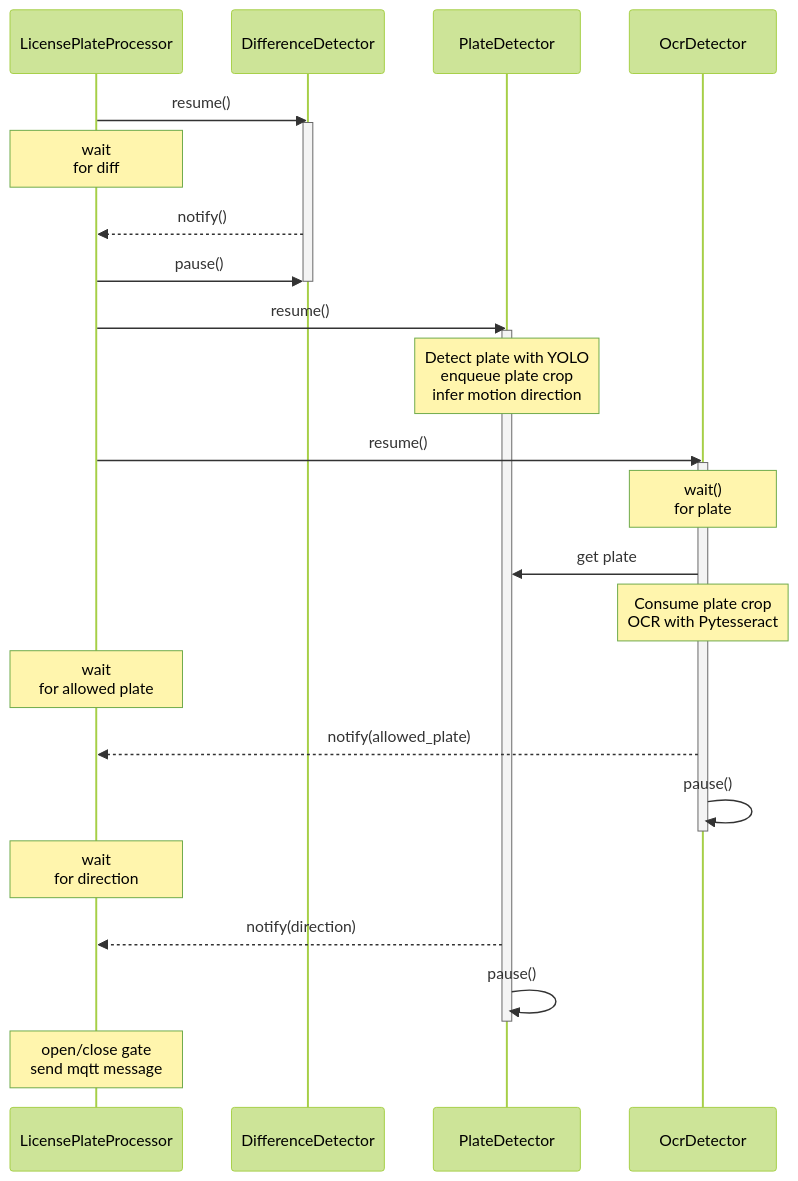
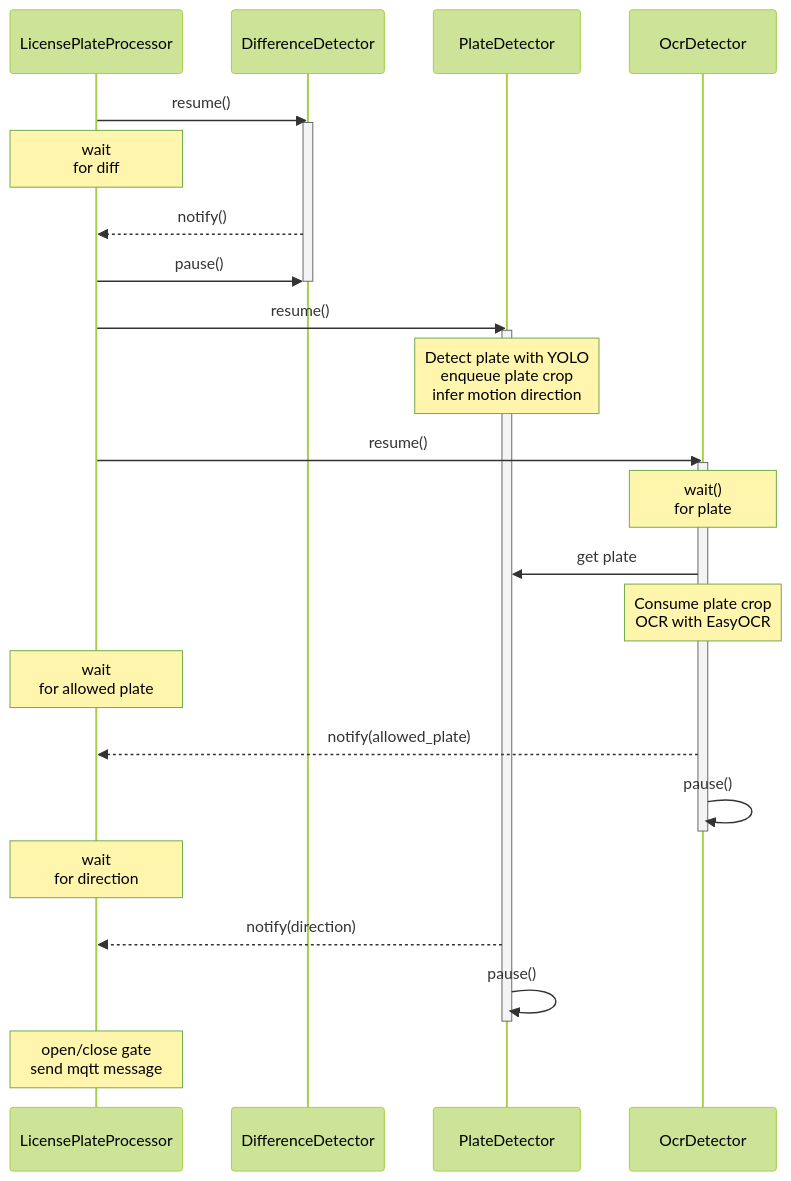
One commit to hackenbergstefan/pigarage changed the diagram in README.md. Above: the diagram before and after it, drawn with Mermaid (forest theme). The commit also changed other lines of this file and 5 other files, not shown here.

````diff
--- a/README.md
+++ b/README.md
@@ -51,36 +51,36 @@
 ```mermaid
 sequenceDiagram
     participant LP as LicensePlateProcessor
     participant DD as DifferenceDetector
     participant PD as PlateDetector
     participant OD as OcrDetector
 
     LP->>DD: resume()
     activate DD
     Note over LP: wait<br> for diff
     DD-->>LP: notify()
     LP->>DD: pause()
     deactivate DD
 
     LP->>PD: resume()
     activate PD
     Note over PD: Detect plate with YOLO<br/>enqueue plate crop<br/>infer motion direction
 
     LP->>OD: resume()
     activate OD
     Note over OD: wait()<br> for plate
     OD->>PD: get plate
-    Note over OD: Consume plate crop<br/>OCR with Pytesseract
+    Note over OD: Consume plate crop<br/>OCR with EasyOCR
 
     Note over LP: wait<br> for allowed plate
     OD-->>LP: notify(allowed_plate)
     OD->>OD: pause()
     deactivate OD
 
     Note over LP: wait<br> for direction
     PD-->>LP: notify(direction)
     PD->>PD: pause()
     deactivate PD
 
     Note over LP: open/close gate<br>send mqtt message
 ```
````
